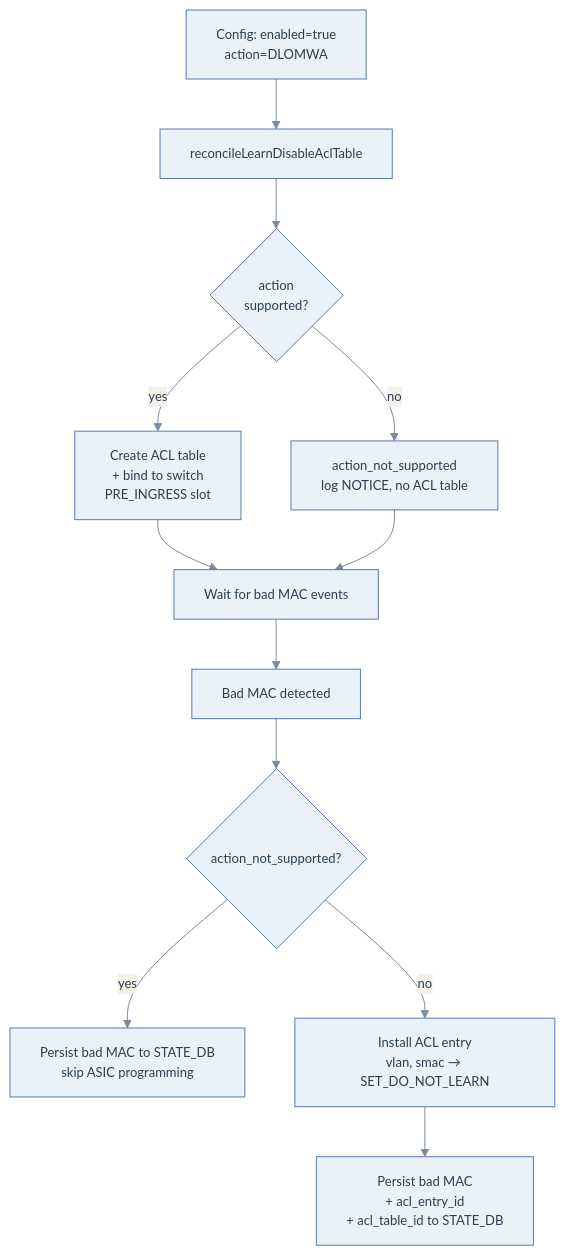
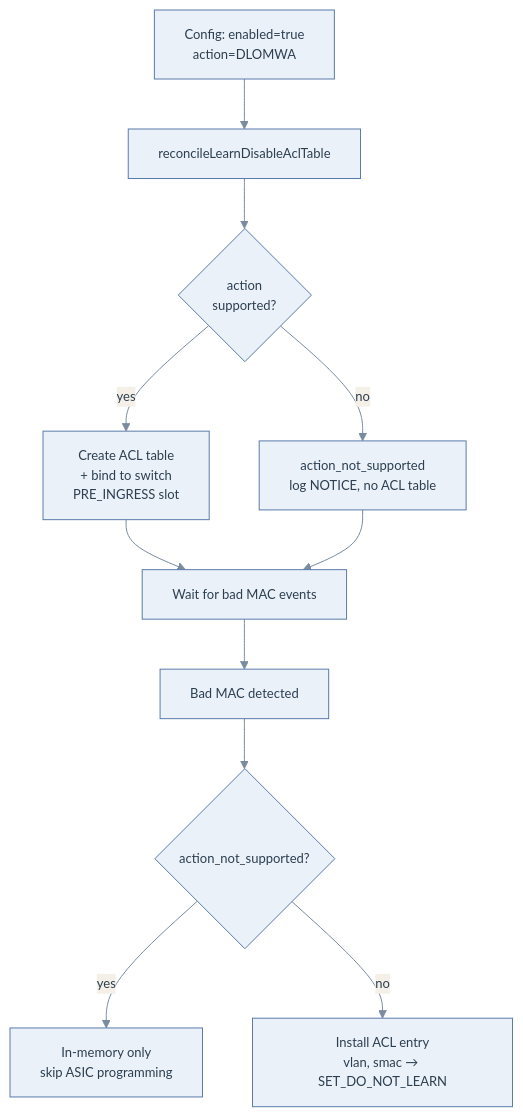
One commit to sonic-net/SONiC changed the fifth of 7 diagrams in doc/mac_move_guard/MAC_MOVE_GUARD_HLD.md. Above: the diagram before and after it, drawn with Mermaid. The commit also changed other lines of this file, not shown here.

Commit message:
Modified document to reflect that the mac move guard sits inside fdbOrch. Added phase-2 plans Added a section to explain the interaction of this feature with Notification Dedup mechanism

````diff
--- a/doc/mac_move_guard/MAC_MOVE_GUARD_HLD.md
+++ b/doc/mac_move_guard/MAC_MOVE_GUARD_HLD.md
@@ -269,15 +273,14 @@
 ```mermaid
 %%{init: {'theme':'base','themeVariables':{'primaryColor':'#EAF1F8','primaryBorderColor':'#5B7BAB','primaryTextColor':'#2C3E50','lineColor':'#7A8B9F','secondaryColor':'#F4F0E8','tertiaryColor':'#F9FAFC','fontSize':'13px'},'flowchart':{'useMaxWidth':false}}}%%
 flowchart TD
     A[Config: enabled=true<br/>action=DLOMWA] --> B[reconcileLearnDisableAclTable]
     B --> C{action<br/>supported?}
     C -->|no| D[action_not_supported<br/>log NOTICE, no ACL table]
     C -->|yes| E[Create ACL table<br/>+ bind to switch<br/>PRE_INGRESS slot]
     E --> F[Wait for bad MAC events]
     D --> F
     F --> G[Bad MAC detected]
     G --> H{action_not_supported?}
-    H -->|yes| I[Persist bad MAC to STATE_DB<br/>skip ASIC programming]
+    H -->|yes| I[In-memory only<br/>skip ASIC programming]
     H -->|no| J[Install ACL entry<br/>vlan, smac → SET_DO_NOT_LEARN]
-    J --> K[Persist bad MAC<br/>+ acl_entry_id<br/>+ acl_table_id to STATE_DB]
 ```
````
